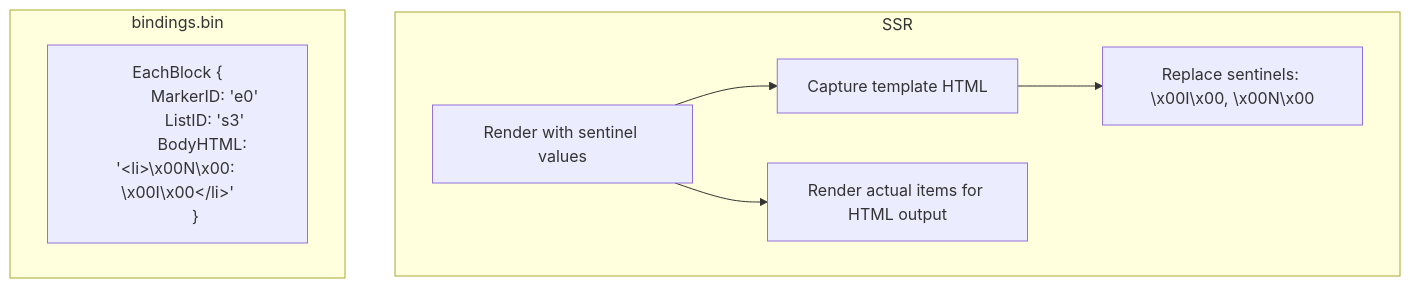
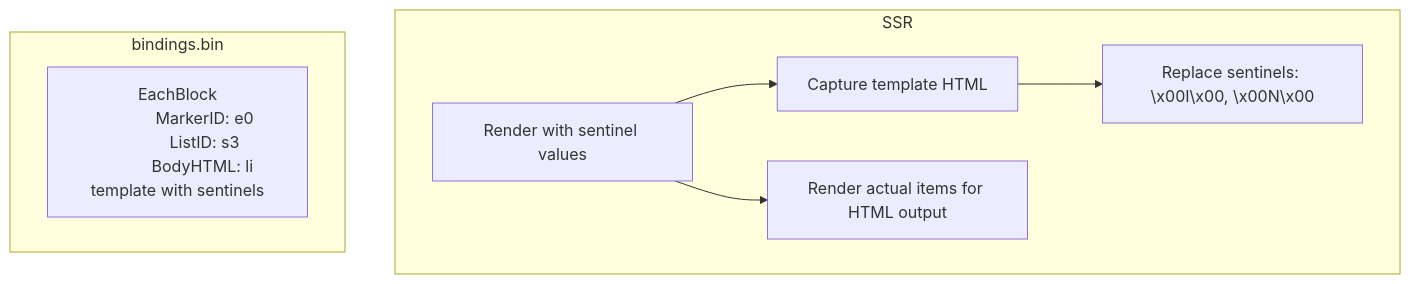
One commit to tbocek/preveltekit changed the eighth of 12 diagrams in new/ARCHITECTURE.md. Above: the diagram before and after it, drawn with Mermaid. The commit also changed other lines of this file, not shown here.

````diff
--- a/new/ARCHITECTURE.md
+++ b/new/ARCHITECTURE.md
@@ -450,15 +446,14 @@
 ```mermaid
 graph TD
     subgraph "SSR"
         A["Render with sentinel values"] --> B["Capture template HTML"]
         B --> C["Replace sentinels: \x00I\x00, \x00N\x00"]
         A --> D["Render actual items for HTML output"]
     end
     subgraph "bindings.bin"
-        E["EachBlock {
-            MarkerID: 'e0'
-            ListID: 's3'
-            BodyHTML: '&lt;li&gt;\x00N\x00: \x00I\x00&lt;/li&gt;'
-        }"]
+        E["EachBlock
+            MarkerID: e0
+            ListID: s3
+            BodyHTML: li template with sentinels"]
     end
 ```
````
